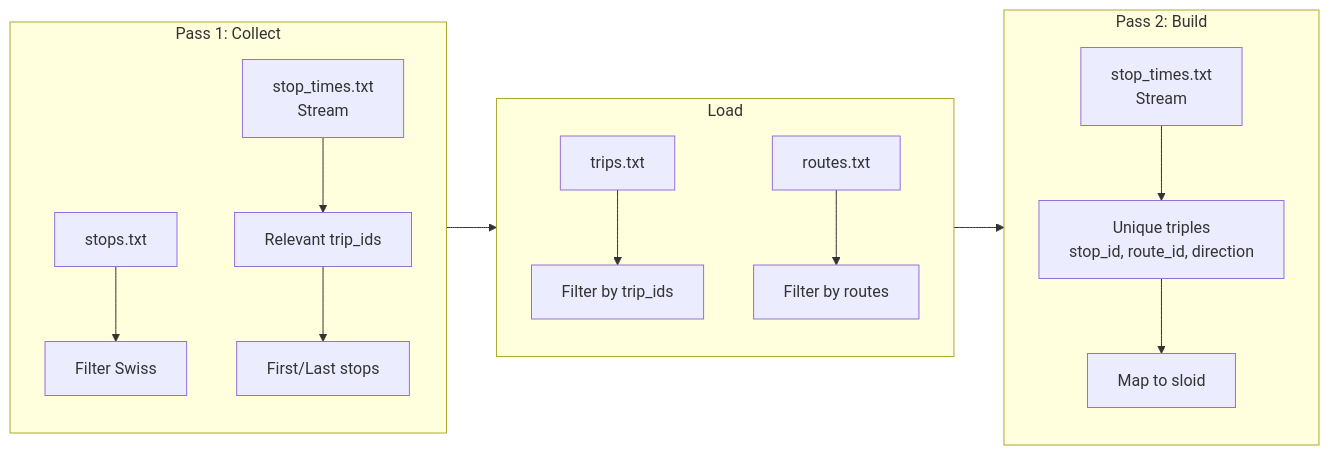
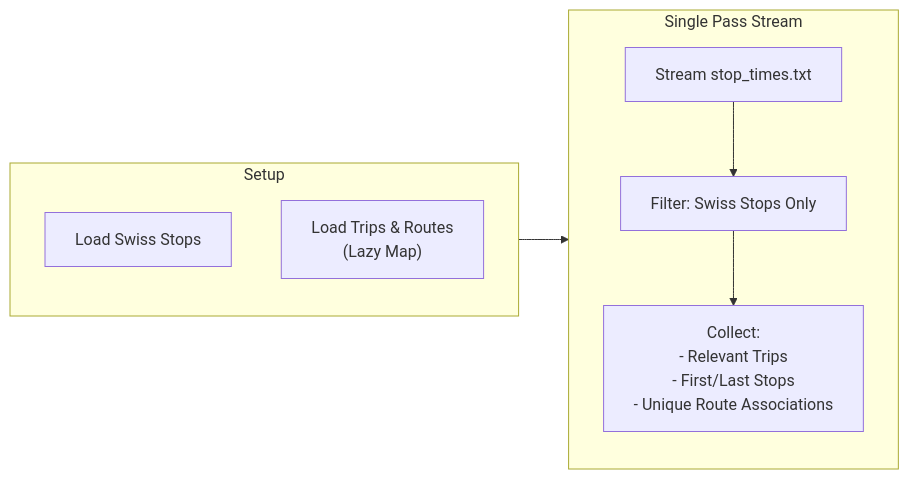
The diagram in documentation/1.1.1 GTFS ATLAS data.md (openTdataCH/stop_sync_osm_atlas), drawn with Mermaid before and after one commit. The commit also changed other lines of this file and 6 other files, not shown here.

````diff
--- a/documentation/1.1.1 GTFS ATLAS data.md
+++ b/documentation/1.1.1 GTFS ATLAS data.md
@@ -9,20 +9,16 @@
 ```mermaid
 flowchart LR
-    subgraph Pass1["Pass 1: Collect"]
-        S1["stops.txt"] --> F1["Filter Swiss"]
-        ST1["stop_times.txt<br/>Stream"] --> T1["Relevant trip_ids"]
-        T1 --> FL["First/Last stops"]
+    subgraph Setup["Setup"]
+        S1["Load Swiss Stops"]
+        S2["Load Trips & Routes<br/>(Lazy Map)"]
+    end
+
+    subgraph Stream["Single Pass Stream"]
+        ST["Stream stop_times.txt"]
+        F["Filter: Swiss Stops Only"]
+        C["Collect:<br/>- Relevant Trips<br/>- First/Last Stops<br/>- Unique Route Associations"]
     end
     
-    subgraph Load["Load"]
-        TR["trips.txt"] --> FT["Filter by trip_ids"]
-        RO["routes.txt"] --> FR["Filter by routes"]
-    end
-    
-    subgraph Pass2["Pass 2: Build"]
-        ST2["stop_times.txt<br/>Stream"] --> U["Unique triples<br/>stop_id, route_id, direction"]
-        U --> M["Map to sloid"]
-    end
-    
-    Pass1 --> Load --> Pass2
+    Setup --> Stream
+    ST --> F --> C
 ```
````
